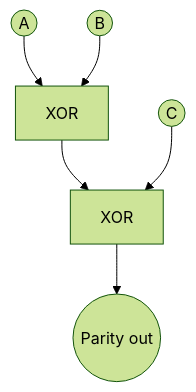
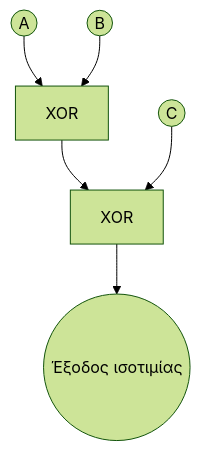
The fourth of 4 diagrams in Year_1/Semester_2/DISCRETE_MATHEMATICS/Resources/Notes/3_Theory of Logic Gates.md (PanagopoulosNikolaos/DitOpenNotes), drawn with Mermaid (forest theme) before and after one commit. The commit also changed other lines of this file and 8 other files, not shown here.

````diff
--- a/Year_1/Semester_2/DISCRETE_MATHEMATICS/Resources/Notes/3_Theory of Logic Gates.md
+++ b/Year_1/Semester_2/DISCRETE_MATHEMATICS/Resources/Notes/3_Theory of Logic Gates.md
@@ -141,6 +141,6 @@
 ```mermaid
 flowchart TD
     A((A)) & B((B)) --> X1[XOR]
     X1 & C((C)) --> X2[XOR]
-    X2 --> P((Parity out))
+    X2 --> P((Έξοδος ισοτιμίας))
 ```
````
